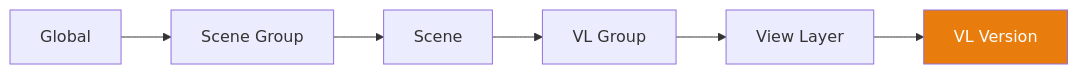
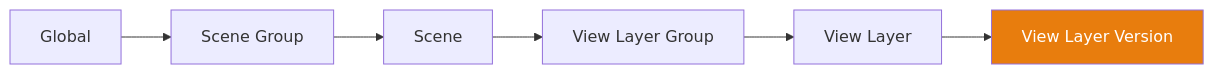
The diagram in docs/en/features/cascade.md (niwo-dev/Takes-for-Blender-Wiki), drawn with Mermaid before and after one commit. The commit also changed other lines of this file and 30 other files, not shown here.

````diff
--- a/docs/en/features/cascade.md
+++ b/docs/en/features/cascade.md
@@ -13,10 +13,10 @@
 ```mermaid
 graph LR
-    G[Global] --> SG[Scene Group]
-    SG --> S[Scene]
-    S --> VLG[VL Group]
-    VLG --> VL[View Layer]
-    VL --> VLV[VL Version]
-    
-    style VLV fill:#e87d0d,color:#fff
+    Global[Global] --> SceneGrp[Scene Group]
+    SceneGrp --> Scene[Scene]
+    Scene --> LayerGroup[View Layer Group]
+    LayerGroup --> Layer[View Layer]
+    Layer --> Version[View Layer Version]
+
+    style Version fill:#e87d0d,color:#fff
 ```
````
